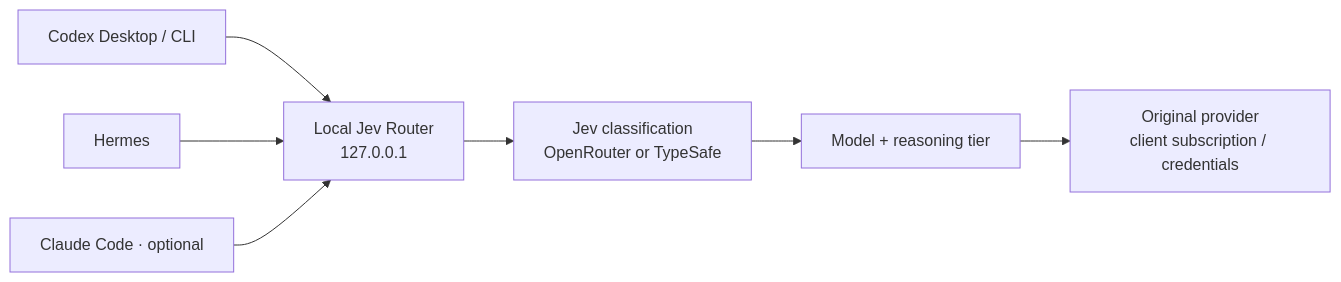
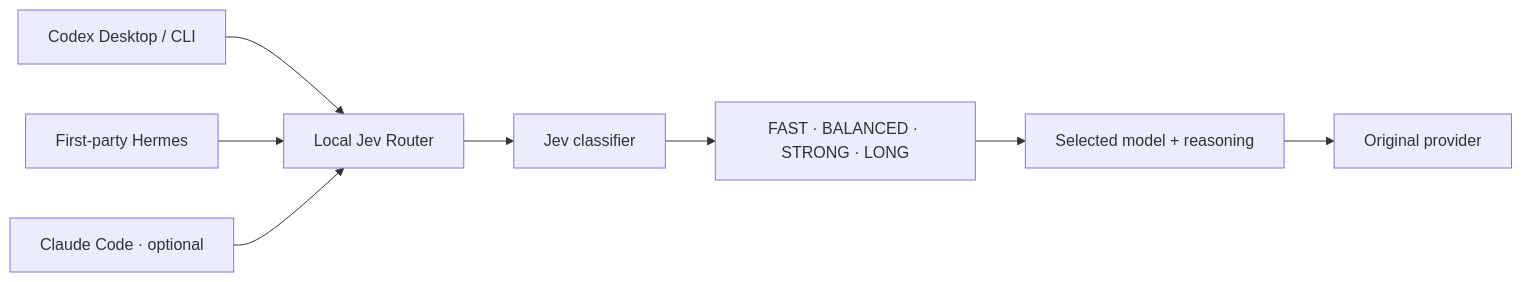
Before and after one commit to AnhAnAsian/jev-codex-hermes: the diagram in README.md, drawn with Mermaid. The commit also changed other lines of this file and 6 other files, not shown here.

````diff
--- a/README.md
+++ b/README.md
@@ -150,9 +141,10 @@
 ```mermaid
 flowchart LR
-    D[Codex Desktop / CLI] --> R[Local Jev Router\n127.0.0.1]
-    H[Hermes] --> R
-    C[Claude Code · optional] --> R
-    R --> J[Jev classification\nOpenRouter or TypeSafe]
-    J --> T[Model + reasoning tier]
-    T --> P[Original provider\nclient subscription / credentials]
+    C[Codex Desktop / CLI] --> R[Local Jev Router]
+    H[First-party Hermes] --> R
+    A[Claude Code · optional] --> R
+    R --> J[Jev classifier]
+    J --> T[FAST · BALANCED · STRONG · LONG]
+    T --> P[Selected model + reasoning]
+    P --> U[Original provider]
 ```
````
